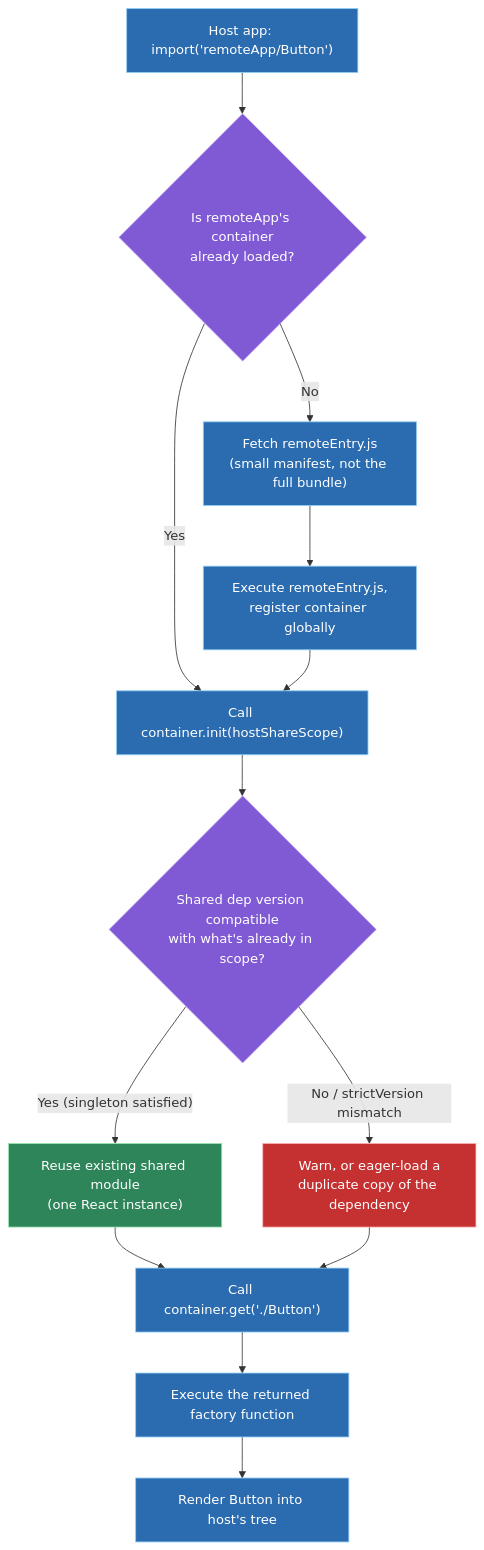
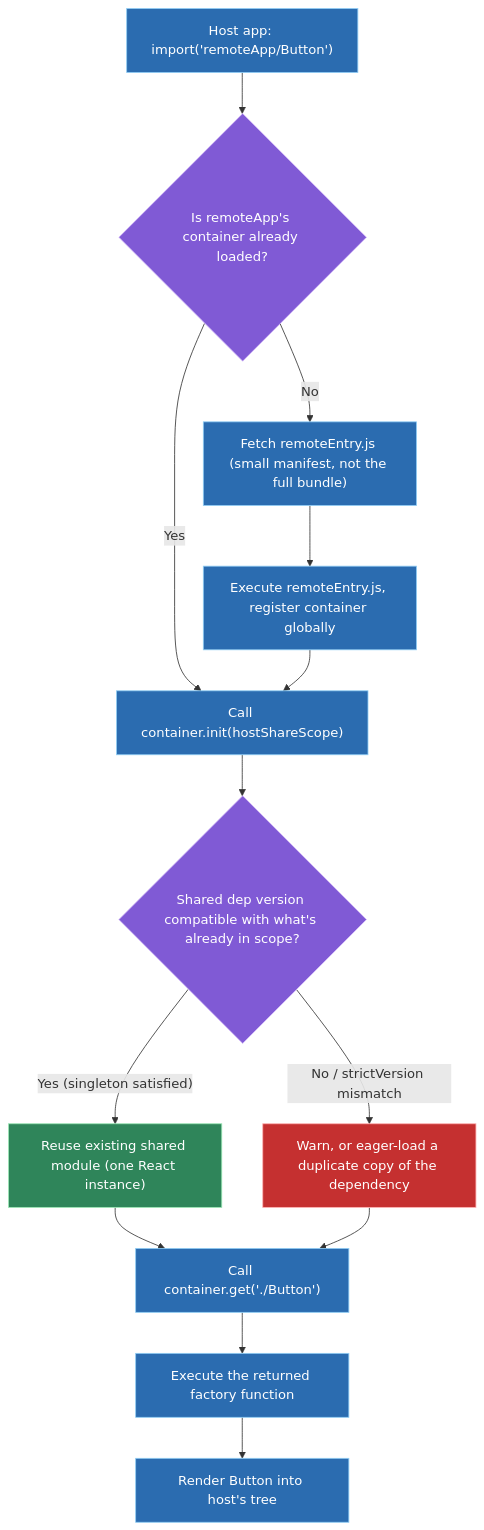
Before and after one commit to vinayakhumberi/litmus: the first of 2 diagrams in data/topics/micro-frontend-architecture.md, drawn with Mermaid. The commit also changed 68 other files, not shown here.

````diff
--- a/data/topics/micro-frontend-architecture.md
+++ b/data/topics/micro-frontend-architecture.md
@@ -121,25 +121,25 @@
 ```mermaid
 graph TD
-    A["Host app: import('remoteApp/Button')"] --> B{"Is remoteApp's container<br>already loaded?"}
-    B -- "No" --> C["Fetch remoteEntry.js<br>(small manifest, not the full bundle)"]
-    C --> D["Execute remoteEntry.js,<br>register container globally"]
+    A["Host app: import('remoteApp/Button')"] --> B{"Is remoteApp's container already loaded?"}
+    B -- "No" --> C["Fetch remoteEntry.js (small manifest, not the full bundle)"]
+    C --> D["Execute remoteEntry.js, register container globally"]
     B -- "Yes" --> E
     D --> E["Call container.init(hostShareScope)"]
-    E --> F{"Shared dep version compatible<br>with what's already in scope?"}
-    F -- "Yes (singleton satisfied)" --> G["Reuse existing shared module<br>(one React instance)"]
-    F -- "No / strictVersion mismatch" --> H["Warn, or eager-load a<br>duplicate copy of the dependency"]
+    E --> F{"Shared dep version compatible with what's already in scope?"}
+    F -- "Yes (singleton satisfied)" --> G["Reuse existing shared module (one React instance)"]
+    F -- "No / strictVersion mismatch" --> H["Warn, or eager-load a duplicate copy of the dependency"]
     G --> I["Call container.get('./Button')"]
     H --> I
     I --> J["Execute the returned factory function"]
     J --> K["Render Button into host's tree"]
 
     classDef decision fill:#805ad5,stroke:#d6bcfa,color:#fff
     classDef action fill:#2b6cb0,stroke:#90cdf4,color:#fff
     classDef warn fill:#c53030,stroke:#feb2b2,color:#fff
     classDef good fill:#2f855a,stroke:#9ae6b4,color:#fff
 
     class B,F decision
     class A,C,D,E,I,J,K action
     class H warn
     class G good
 ```
````
